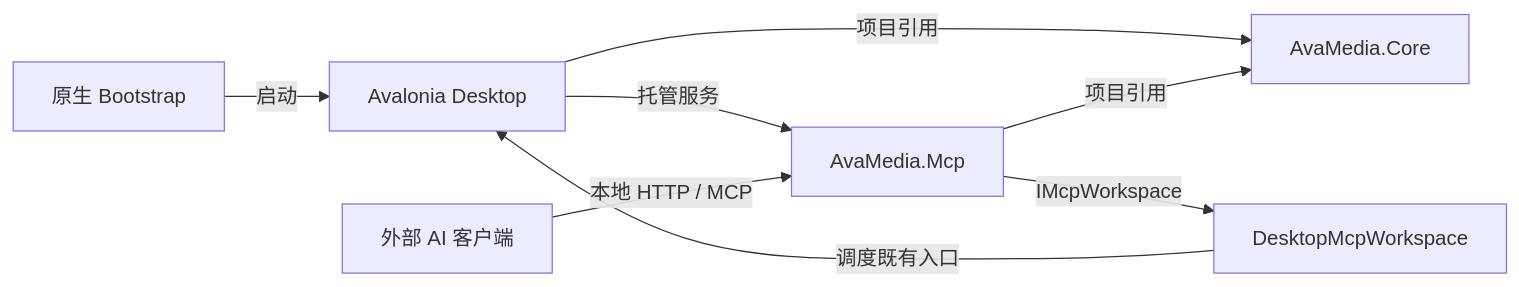
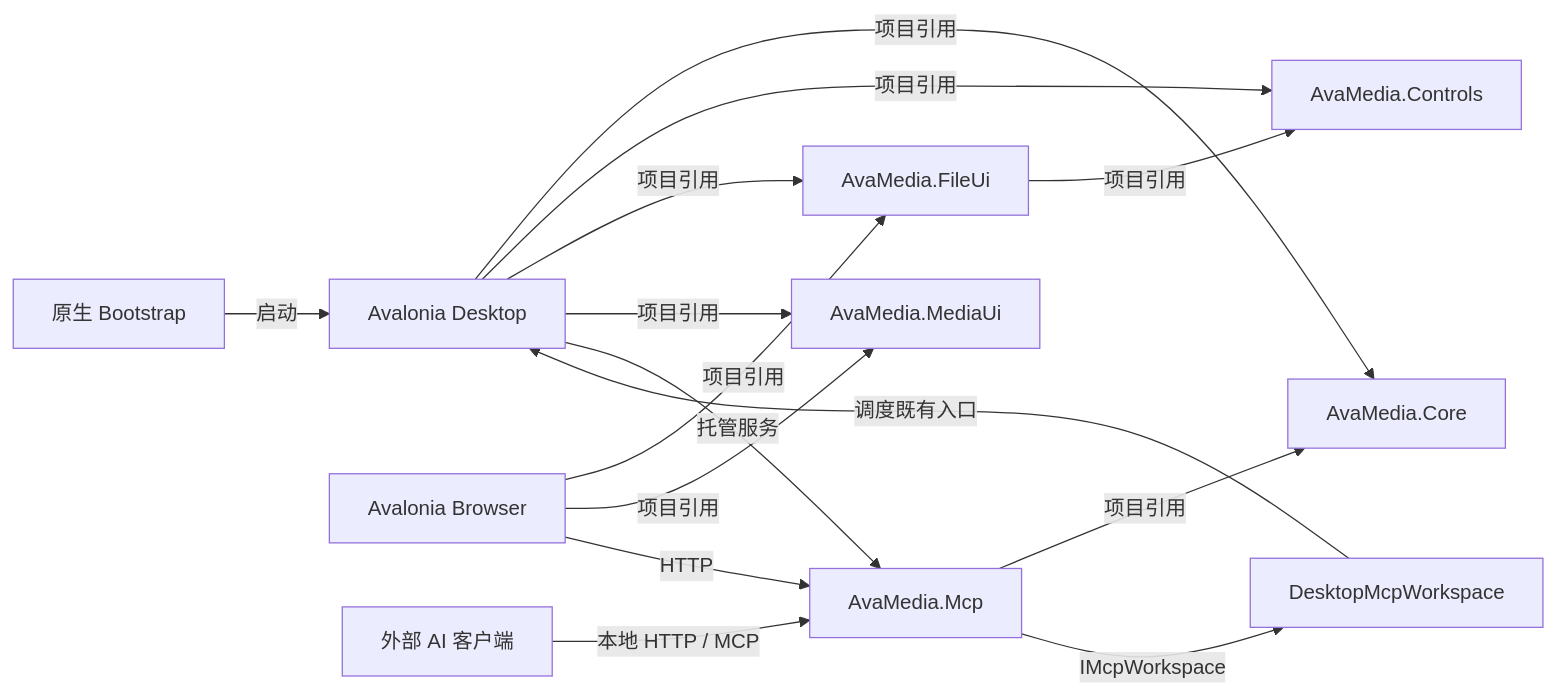
The first of 2 diagrams in docs/ARCHITECTURE.md (mcxen/AvaMedia), drawn with Mermaid before and after one commit. The commit also changed other lines of this file and 70 other files, not shown here.

````diff
--- a/docs/ARCHITECTURE.md
+++ b/docs/ARCHITECTURE.md
@@ -16,10 +20,17 @@
 ```mermaid
 flowchart LR
   Bootstrap[原生 Bootstrap] -->|启动| Desktop[Avalonia Desktop]
   Desktop -->|项目引用| Core[AvaMedia.Core]
+  Desktop -->|项目引用| Controls[AvaMedia.Controls]
+  Desktop -->|项目引用| FileUi[AvaMedia.FileUi]
+  Desktop -->|项目引用| MediaUi[AvaMedia.MediaUi]
+  FileUi -->|项目引用| Controls
   Desktop -->|托管服务| Mcp[AvaMedia.Mcp]
   Mcp -->|项目引用| Core
+  Browser[Avalonia Browser] -->|项目引用| FileUi
+  Browser -->|项目引用| MediaUi
+  Browser -->|HTTP| Mcp
   Client[外部 AI 客户端] -->|本地 HTTP / MCP| Mcp
   Mcp -->|IMcpWorkspace| Workspace[DesktopMcpWorkspace]
   Workspace -->|调度既有入口| Desktop
 ```
````
